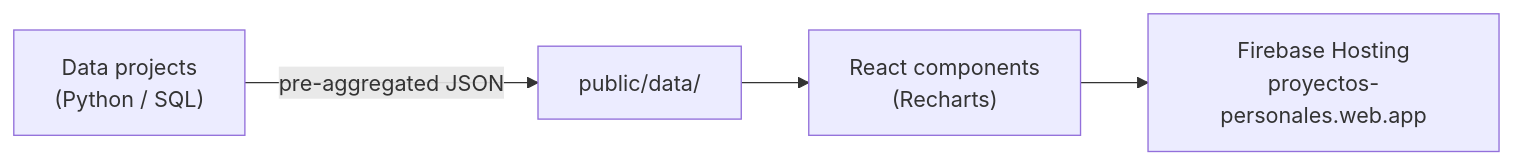
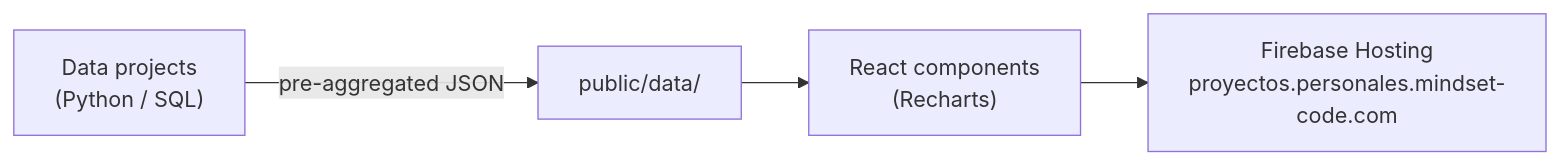
Before and after one commit to mindset-code/project-portfolio: the first of 2 diagrams in README.md, drawn with Mermaid. The commit also changed other lines of this file and 7 other files, not shown here.

First line of the commit message:
chore: el sitio pasa a servirse en proyectos.personales.mindset-code.com

````diff
--- a/README.md
+++ b/README.md
@@ -51,6 +51,6 @@
 ```mermaid
 flowchart LR
     A["Data projects<br/>(Python / SQL)"] -->|"pre-aggregated JSON"| B["public/data/"]
     B --> C["React components<br/>(Recharts)"]
-    C --> D["Firebase Hosting<br/>proyectos-personales.web.app"]
+    C --> D["Firebase Hosting<br/>proyectos.personales.mindset-code.com"]
 ```
````
